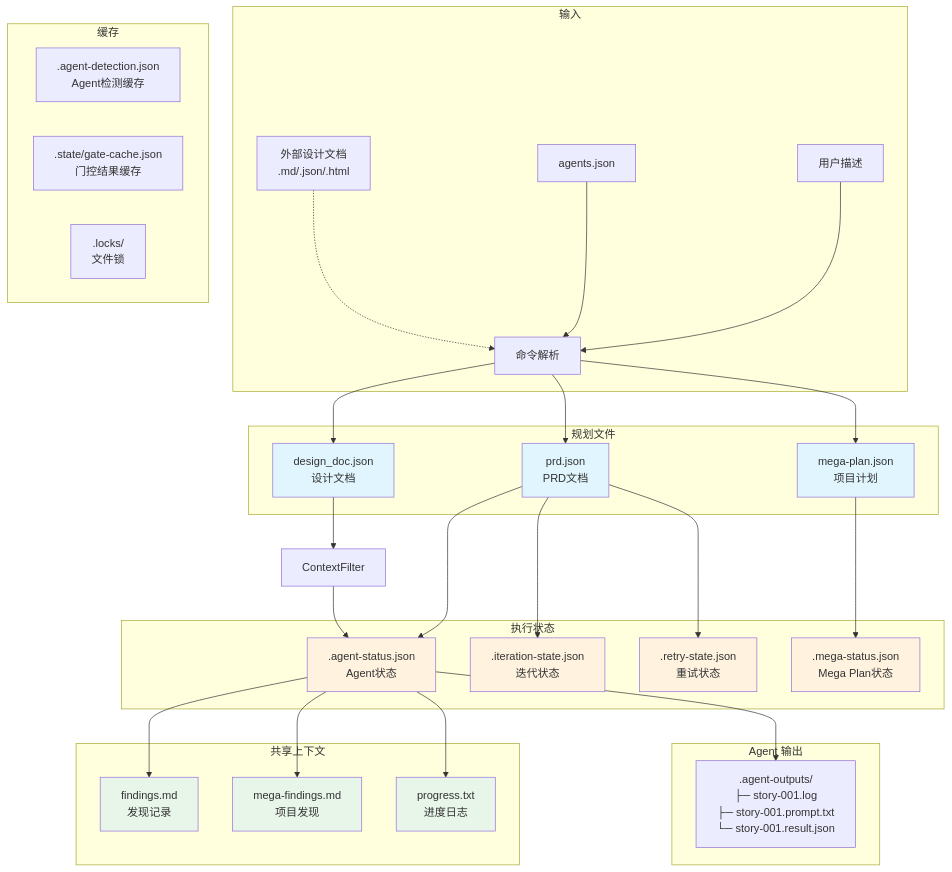
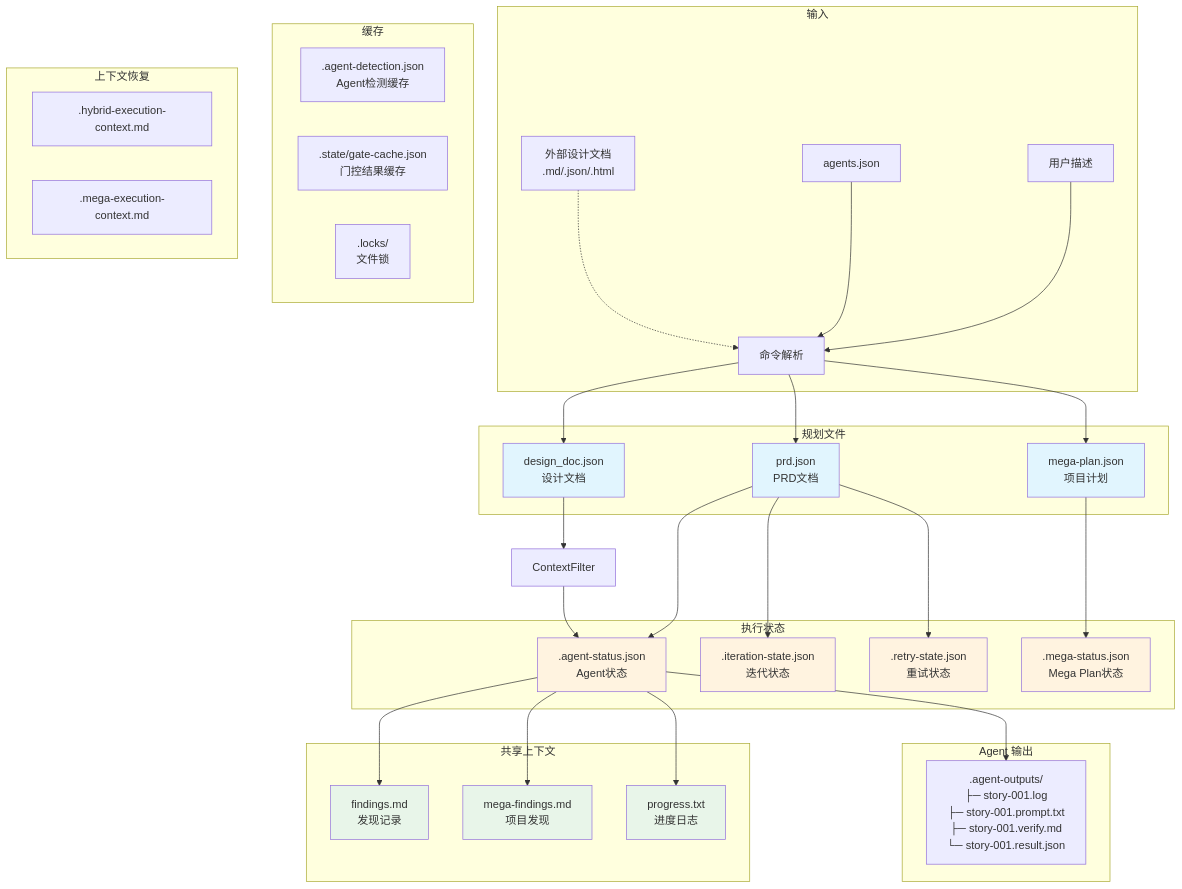
One commit to Taoidle/plan-cascade changed diagram 14 of 14 in docs/System-Architecture_zh.md. Above: the diagram before and after it, drawn with Mermaid. The commit also changed other lines of this file and 1 other file, not shown here.

First line of the commit message:
docs(architecture): update system architecture to match actual implementation

````diff
--- a/docs/System-Architecture_zh.md
+++ b/docs/System-Architecture_zh.md
@@ -822,51 +1076,56 @@
 ```mermaid
 graph TB
     subgraph "输入"
         U[用户描述] --> CMD[命令解析]
         CFG[agents.json] --> CMD
         EXT[外部设计文档<br/>.md/.json/.html] -.-> CMD
     end
 
     subgraph "规划文件"
         CMD --> PRD[prd.json<br/>PRD文档]
         CMD --> MP[mega-plan.json<br/>项目计划]
         CMD --> DD[design_doc.json<br/>设计文档]
     end
 
     subgraph "执行状态"
         PRD --> AS[.agent-status.json<br/>Agent状态]
         PRD --> IS[.iteration-state.json<br/>迭代状态]
         PRD --> RS[.retry-state.json<br/>重试状态]
         MP --> MS[.mega-status.json<br/>Mega Plan状态]
     end
 
     subgraph "共享上下文"
         AS --> FD[findings.md<br/>发现记录]
         AS --> MF[mega-findings.md<br/>项目发现]
         AS --> PG[progress.txt<br/>进度日志]
     end
 
     subgraph "Agent 输出"
-        AS --> AO[.agent-outputs/<br/>├─ story-001.log<br/>├─ story-001.prompt.txt<br/>└─ story-001.result.json]
+        AS --> AO[.agent-outputs/<br/>├─ story-001.log<br/>├─ story-001.prompt.txt<br/>├─ story-001.verify.md<br/>└─ story-001.result.json]
     end
 
     subgraph "缓存"
         AD[.agent-detection.json<br/>Agent检测缓存]
         GCF[.state/gate-cache.json<br/>门控结果缓存]
         LK[.locks/<br/>文件锁]
+    end
+
+    subgraph "上下文恢复"
+        HEC[.hybrid-execution-context.md]
+        MEC[.mega-execution-context.md]
     end
 
     DD --> CF[ContextFilter]
     CF --> AS
 
     style PRD fill:#e1f5fe
     style MP fill:#e1f5fe
     style DD fill:#e1f5fe
     style AS fill:#fff3e0
     style IS fill:#fff3e0
     style RS fill:#fff3e0
     style MS fill:#fff3e0
     style FD fill:#e8f5e9
     style MF fill:#e8f5e9
     style PG fill:#e8f5e9
 ```
````
